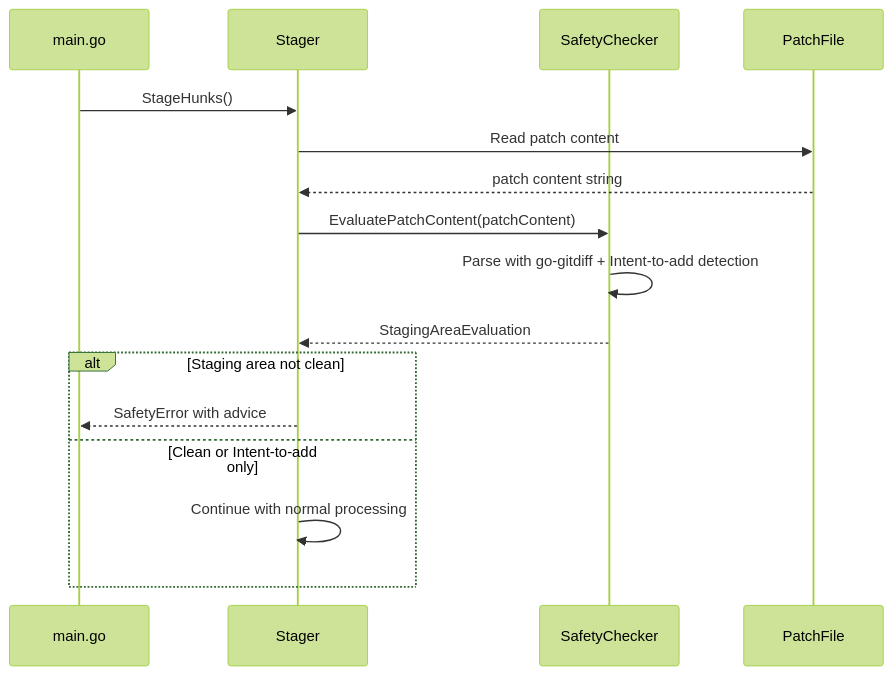
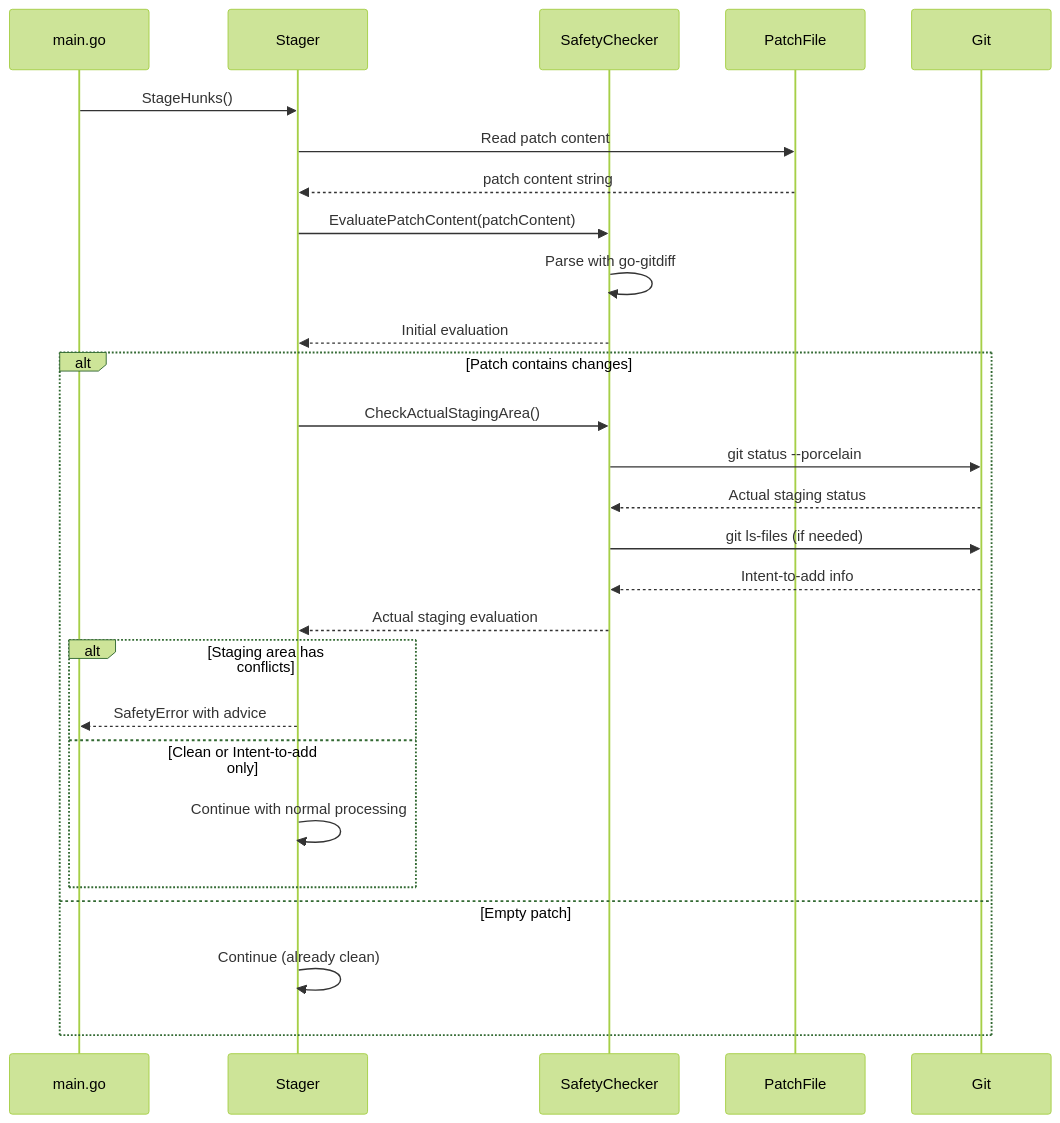
The second of 3 diagrams in .kiro/specs/safety_improvements/design.md (syou6162/git-sequential-stage), drawn with Mermaid (forest theme) before and after one commit. The commit also changed other lines of this file, not shown here.

First line of the commit message:
docs: update design.md to reflect hybrid approach for safety checks

````diff
--- a/.kiro/specs/safety_improvements/design.md
+++ b/.kiro/specs/safety_improvements/design.md
@@ -483,19 +522,32 @@
 ```mermaid
 sequenceDiagram
     participant M as main.go
     participant S as Stager
     participant SC as SafetyChecker
     participant P as PatchFile
+    participant G as Git
     
     M->>S: StageHunks()
     S->>P: Read patch content
     P-->>S: patch content string
     S->>SC: EvaluatePatchContent(patchContent)
-    SC->>SC: Parse with go-gitdiff + Intent-to-add detection
-    SC-->>S: StagingAreaEvaluation
-    alt Staging area not clean
-        S-->>M: SafetyError with advice
-    else Clean or Intent-to-add only
-        S->>S: Continue with normal processing
+    SC->>SC: Parse with go-gitdiff
+    SC-->>S: Initial evaluation
+    
+    alt Patch contains changes
+        S->>SC: CheckActualStagingArea()
+        SC->>G: git status --porcelain
+        G-->>SC: Actual staging status
+        SC->>G: git ls-files (if needed)
+        G-->>SC: Intent-to-add info
+        SC-->>S: Actual staging evaluation
+        
+        alt Staging area has conflicts
+            S-->>M: SafetyError with advice
+        else Clean or Intent-to-add only
+            S->>S: Continue with normal processing
+        end
+    else Empty patch
+        S->>S: Continue (already clean)
     end
 ```
````
